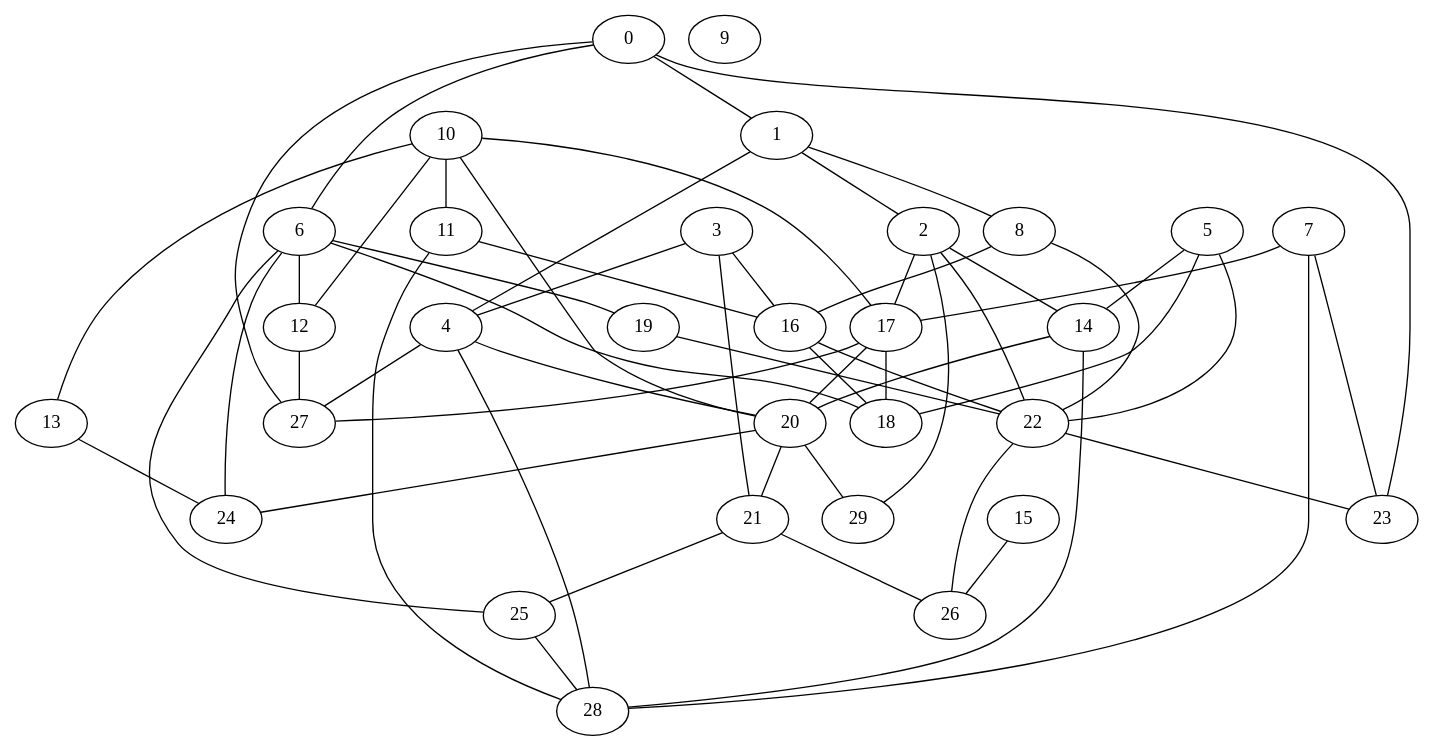
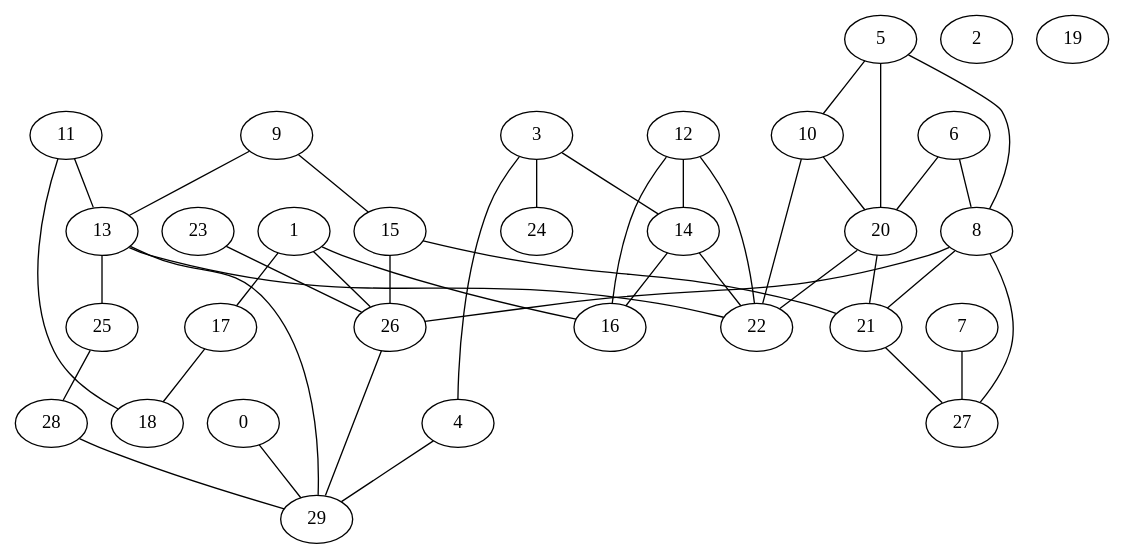
The diagram in grafos_dijkstra/gilbert_30_original.gv (Hector-VP/Proyecto-3-Algoritmo-de-Dijkstra), drawn with Graphviz before and after one commit. The commit also changed 134 other files, not shown here.

```diff
--- a/grafos_dijkstra/gilbert_30_original.gv
+++ b/grafos_dijkstra/gilbert_30_original.gv
@@ -1,88 +1,73 @@
 graph G {
     0;
     1;
     2;
     3;
     4;
     5;
     6;
     7;
     8;
     9;
     10;
     11;
     12;
     13;
     14;
     15;
     16;
     17;
     18;
     19;
     20;
     21;
     22;
     23;
     24;
     25;
     26;
     27;
     28;
     29;
-    0 -- 1;
-    0 -- 6;
-    0 -- 23;
-    0 -- 27;
-    1 -- 2;
-    1 -- 4;
-    1 -- 8;
-    2 -- 14;
-    2 -- 17;
-    2 -- 22;
-    2 -- 29;
+    0 -- 29;
+    1 -- 16;
+    1 -- 17;
+    1 -- 26;
     3 -- 4;
-    3 -- 16;
-    3 -- 21;
-    4 -- 20;
-    4 -- 27;
-    4 -- 28;
-    5 -- 14;
-    5 -- 18;
-    5 -- 22;
-    6 -- 12;
-    6 -- 18;
-    6 -- 19;
-    6 -- 24;
-    6 -- 25;
-    7 -- 17;
-    7 -- 23;
-    7 -- 28;
-    8 -- 16;
-    8 -- 22;
-    10 -- 11;
-    10 -- 12;
-    10 -- 13;
-    10 -- 17;
+    3 -- 14;
+    3 -- 24;
+    4 -- 29;
+    5 -- 8;
+    5 -- 10;
+    5 -- 20;
+    6 -- 8;
+    6 -- 20;
+    7 -- 27;
+    8 -- 21;
+    8 -- 26;
+    8 -- 27;
+    9 -- 13;
+    9 -- 15;
     10 -- 20;
-    11 -- 16;
-    11 -- 28;
-    12 -- 27;
-    13 -- 24;
-    14 -- 20;
-    14 -- 28;
+    10 -- 22;
+    11 -- 13;
+    11 -- 18;
+    12 -- 14;
+    12 -- 16;
+    12 -- 22;
+    13 -- 22;
+    13 -- 25;
+    13 -- 29;
+    14 -- 16;
+    14 -- 22;
+    15 -- 21;
     15 -- 26;
-    16 -- 18;
-    16 -- 22;
     17 -- 18;
-    17 -- 20;
-    17 -- 27;
-    19 -- 22;
     20 -- 21;
-    20 -- 24;
-    20 -- 29;
-    21 -- 25;
-    21 -- 26;
-    22 -- 23;
-    22 -- 26;
+    20 -- 22;
+    21 -- 27;
+    23 -- 26;
     25 -- 28;
+    26 -- 29;
+    28 -- 29;
 }
```
